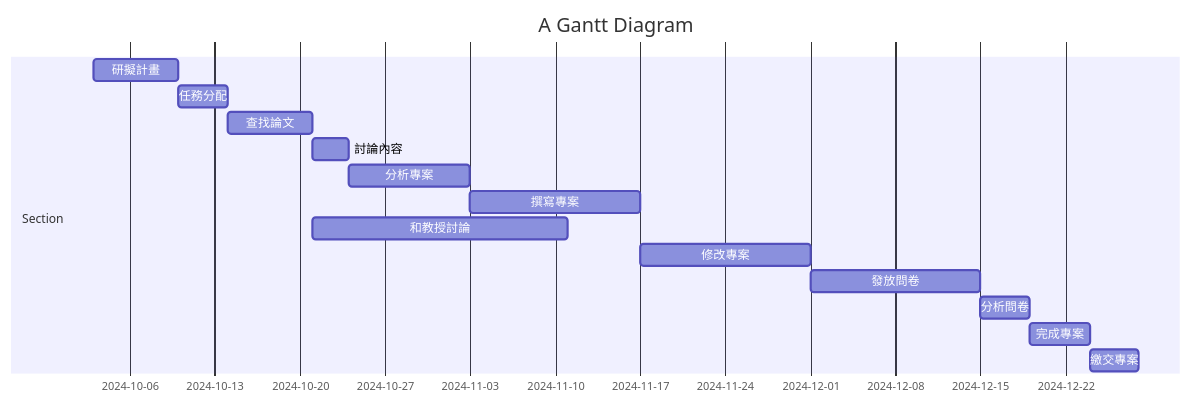
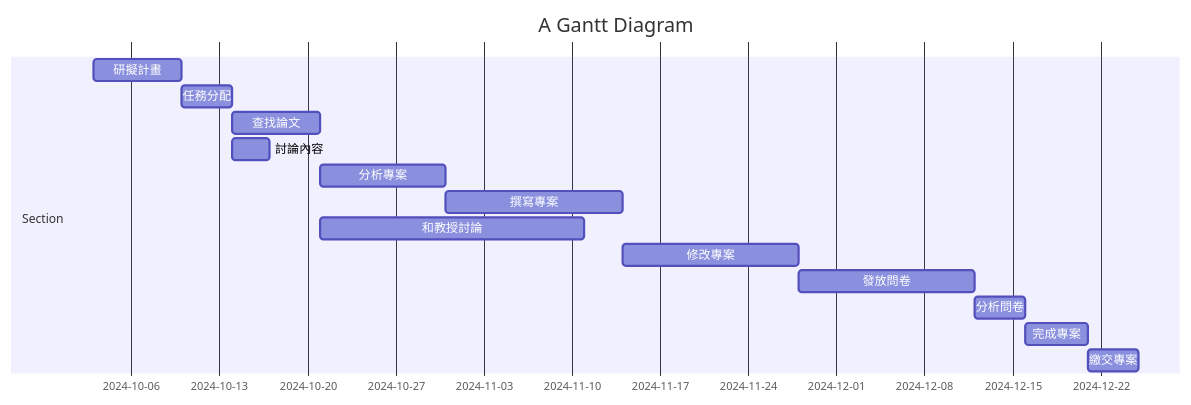
Before and after one commit to QzhangQ-Q/-: the diagram in HW2.md, drawn with Mermaid. The commit also changed other lines of this file, not shown here.

````diff
--- a/HW2.md
+++ b/HW2.md
@@ -2,18 +2,18 @@
 ```mermaid
 gantt
     title A Gantt Diagram
 
     section Section
     研擬計畫           :a1, 2024-10-03, 7d
     任務分配     :a2,after a1  , 4d
     查找論文      :a3,after a2  , 7d
-    討論內容      : a4,after a3,3d
-    分析專案      : a5,after a4,10d
+    討論內容      : a4,after a2,3d
+    分析專案      : a5,after a3 a4,10d
     撰寫專案      : a6,after a5,14d
     和教授討論    : a7,after a3,21d
     修改專案      : a8,after a6,14d
-    發放問卷      : a9,after a8 ,14d
+    發放問卷      : a9,after a7 a8 ,14d
     分析問卷      : a10,after a9,4d
     完成專案      : a11,after a10,5d
     繳交專案      : after a11,4d
 ```
````
